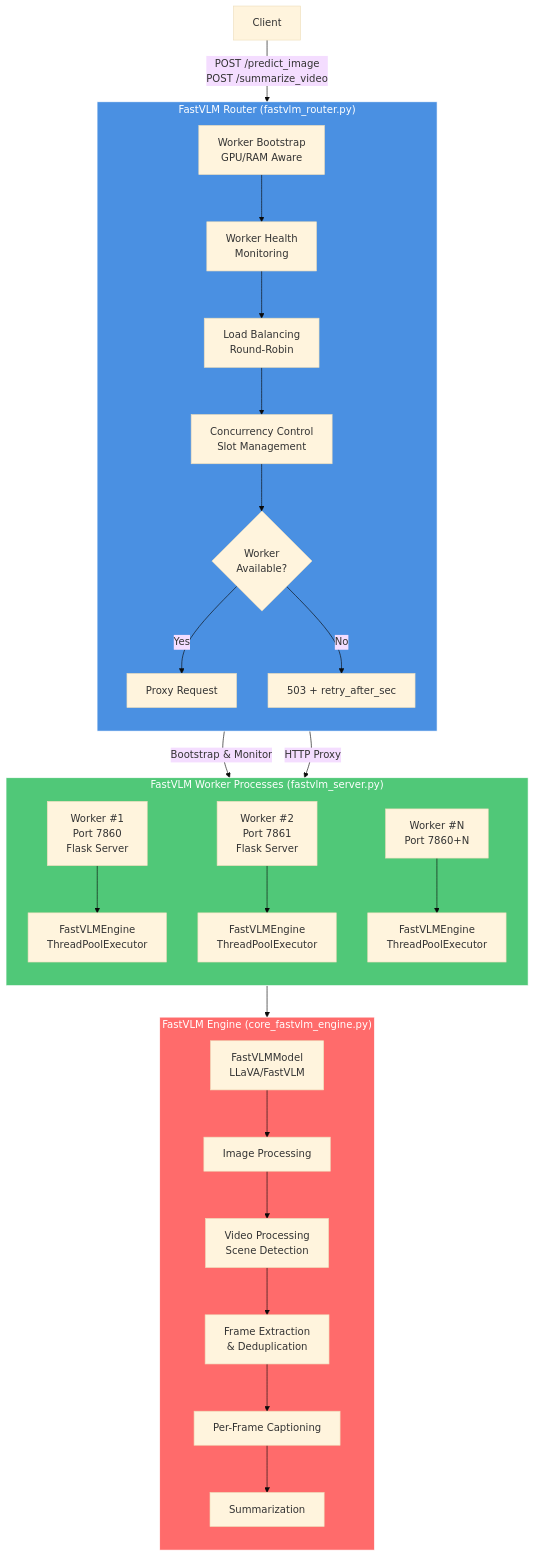
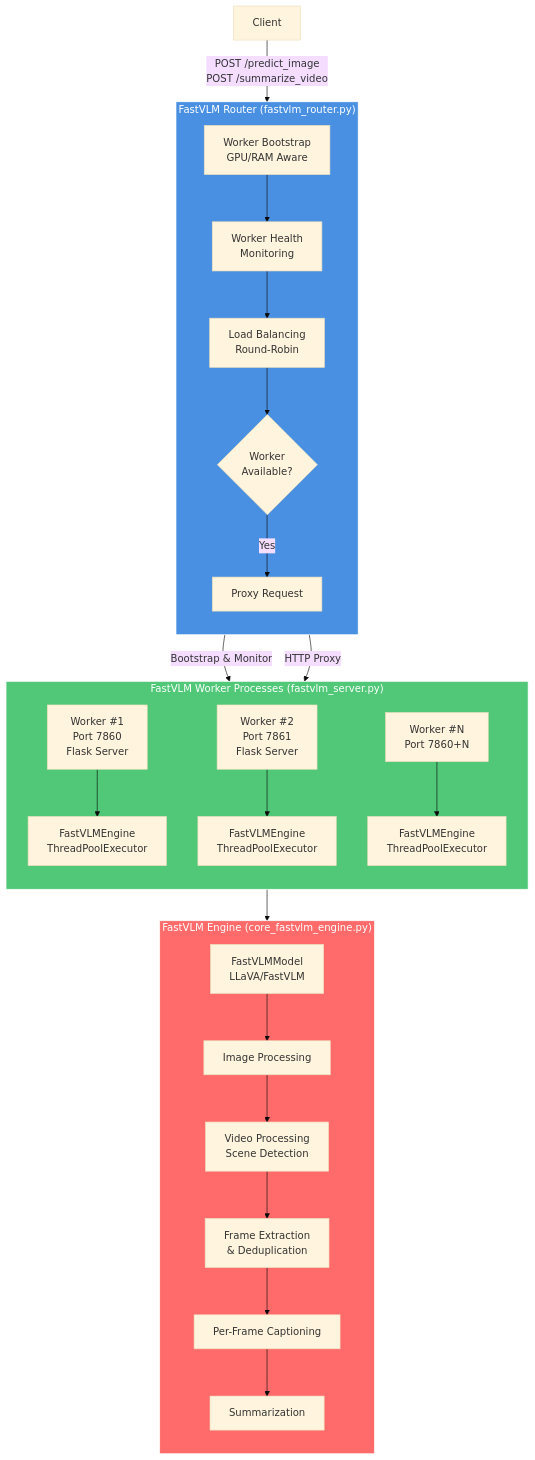
One commit to Pugsy-Explores/ml-fastvlm changed the first of 5 diagrams in README.md. Above: the diagram before and after it, drawn with Mermaid (base theme). The commit also changed other lines of this file, not shown here.

Commit message:
docs: remove load shedding and roadmap sections from README

````diff
--- a/README.md
+++ b/README.md
@@ -26,43 +26,41 @@
 ```mermaid
 flowchart TB
     Client -->|POST /predict_image<br/>POST /summarize_video| Router[FastVLM Router<br/>Port 9000<br/>fastvlm_router.py]
 
     Router -->|Bootstrap & Monitor| Workers[Worker Pool<br/>Ports 7860+]
     
     subgraph Router ["FastVLM Router (fastvlm_router.py)"]
         direction TB
         R1[Worker Bootstrap<br/>GPU/RAM Aware] --> R2[Worker Health<br/>Monitoring]
         R2 --> R3[Load Balancing<br/>Round-Robin]
-        R3 --> R4[Concurrency Control<br/>Slot Management]
-        R4 --> R5{Worker<br/>Available?}
+        R3 --> R5{Worker<br/>Available?}
         R5 -->|Yes| R6[Proxy Request]
-        R5 -->|No| R7[503 + retry_after_sec]
     end
     
     subgraph Workers ["FastVLM Worker Processes (fastvlm_server.py)"]
         direction TB
         W1[Worker #1<br/>Port 7860<br/>Flask Server] --> W1E[FastVLMEngine<br/>ThreadPoolExecutor]
         W2[Worker #2<br/>Port 7861<br/>Flask Server] --> W2E[FastVLMEngine<br/>ThreadPoolExecutor]
         W3[Worker #N<br/>Port 7860+N] --> W3E[FastVLMEngine<br/>ThreadPoolExecutor]
     end
     
     Router -->|HTTP Proxy| Workers
     
     subgraph Engine ["FastVLM Engine (core_fastvlm_engine.py)"]
         direction TB
         E1[FastVLMModel<br/>LLaVA/FastVLM] --> E2[Image Processing]
         E2 --> E3[Video Processing<br/>Scene Detection]
         E3 --> E4[Frame Extraction<br/>& Deduplication]
         E4 --> E5[Per-Frame Captioning]
         E5 --> E6[Summarization]
     end
     
     Workers --> Engine
 
     classDef router fill:#4a90e2,stroke:#fff,color:#fff
     classDef worker fill:#50c878,stroke:#fff,color:#fff
     classDef engine fill:#ff6b6b,stroke:#fff,color:#fff
     class Router router
     class Workers worker
     class Engine engine
 ```
````
